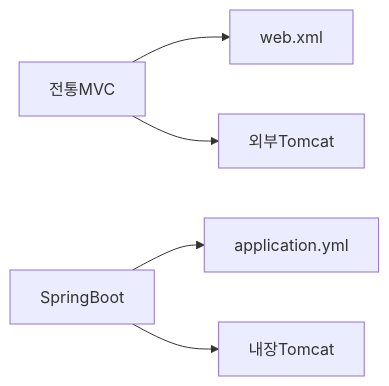
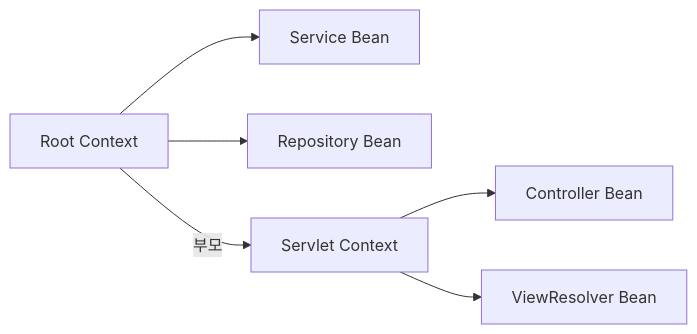
Diagram 11 of 12 in _posts/spring/2026-05-02-spring-mvc-deep.md (yjkim2015/yjkim2015.github.io), drawn with Mermaid before and after one commit. The commit also changed other lines of this file and 4 other files, not shown here.

First line of the commit message:
5개 포스트 시니어급 심화 (Spring MVC/WebFlux, JPA 3개)

````diff
--- a/_posts/spring/2026-05-02-spring-mvc-deep.md
+++ b/_posts/spring/2026-05-02-spring-mvc-deep.md
@@ -788,7 +1614,8 @@
 ```mermaid
 graph LR
-    A[전통MVC] --> B[web.xml]
-    A --> C[외부Tomcat]
-    D[SpringBoot] --> E[application.yml]
-    D --> F[내장Tomcat]
+    A[Root Context] --> B[Service Bean]
+    A --> C[Repository Bean]
+    D[Servlet Context] --> E[Controller Bean]
+    D --> F[ViewResolver Bean]
+    A -->|부모| D
 ```
````
